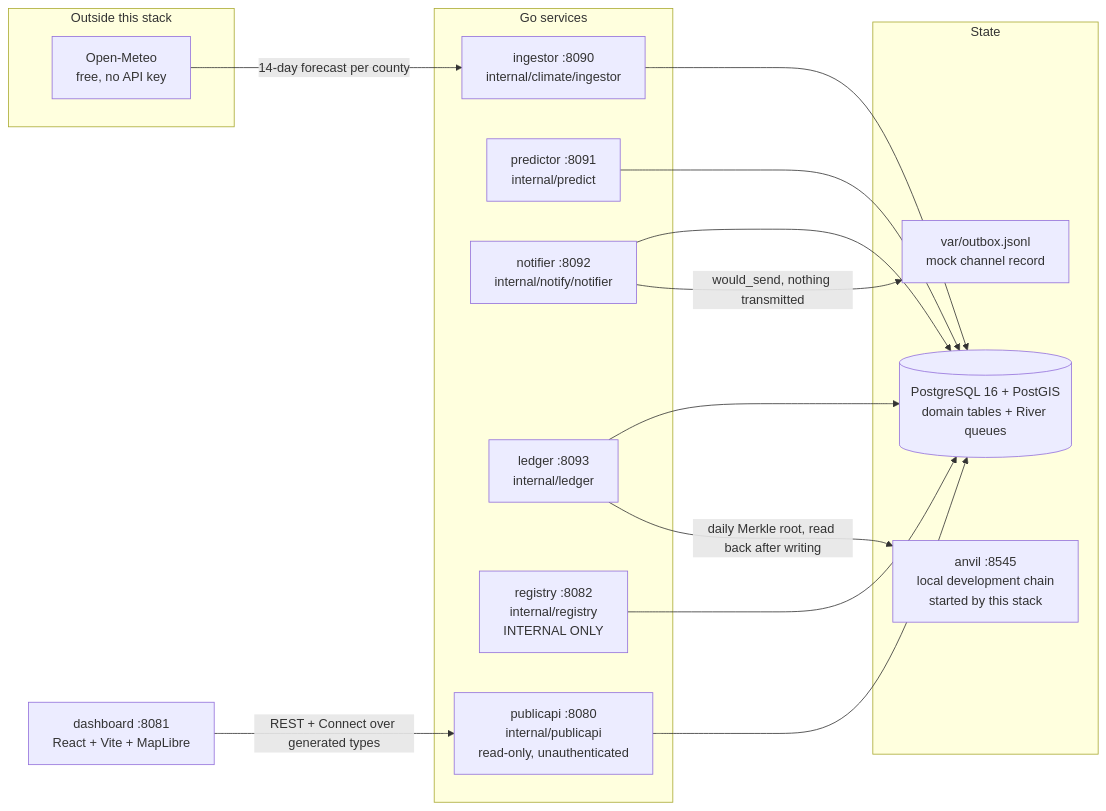
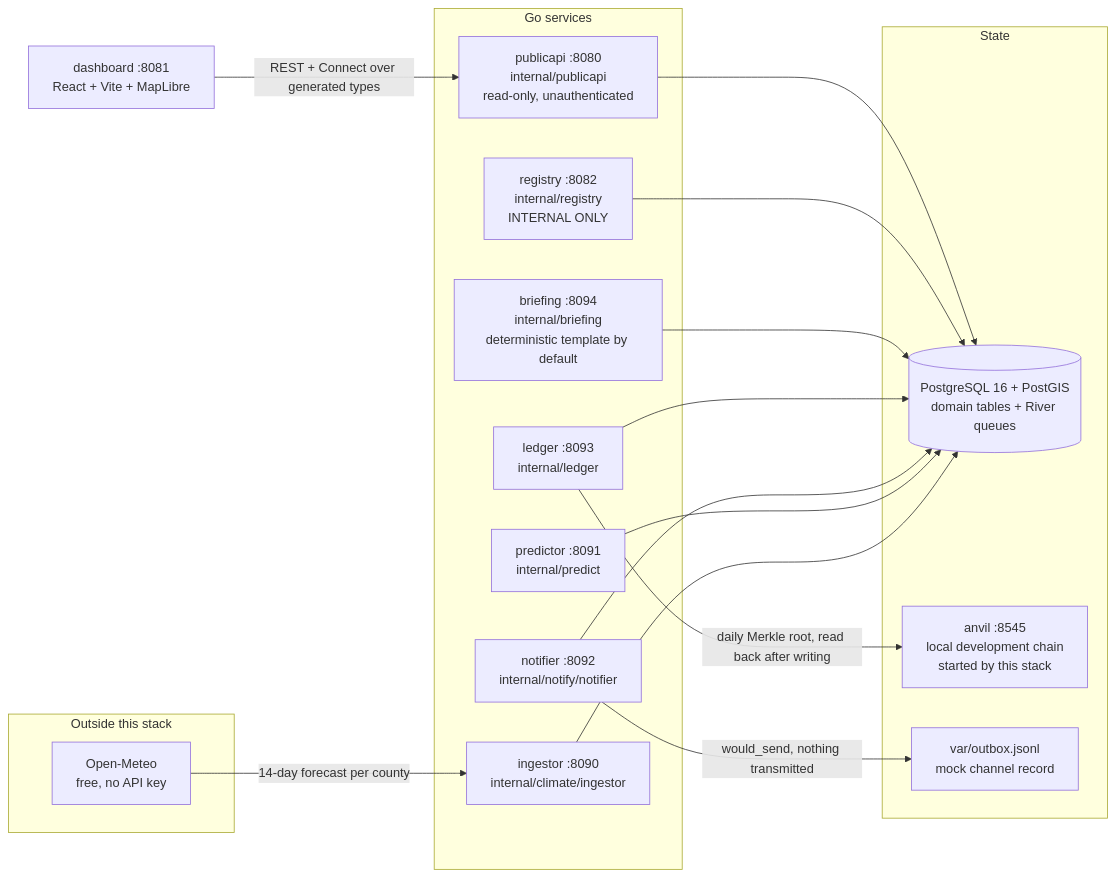
Before and after one commit to jarida-io/climateshield-ai: the first of 5 diagrams in docs/architecture.md, drawn with Mermaid. The commit also changed other lines of this file and 7 other files, not shown here.

````diff
--- a/docs/architecture.md
+++ b/docs/architecture.md
@@ -22,34 +22,36 @@
 ```mermaid
 flowchart LR
     subgraph EXT["Outside this stack"]
         OM["Open-Meteo<br/>free, no API key"]
     end
 
     subgraph SVC["Go services"]
         ING["ingestor :8090<br/>internal/climate/ingestor"]
         PRE["predictor :8091<br/>internal/predict"]
         NOT["notifier :8092<br/>internal/notify/notifier"]
         LED["ledger :8093<br/>internal/ledger"]
+        BRF["briefing :8094<br/>internal/briefing<br/>deterministic template by default"]
         REG["registry :8082<br/>internal/registry<br/>INTERNAL ONLY"]
         API["publicapi :8080<br/>internal/publicapi<br/>read-only, unauthenticated"]
     end
 
     subgraph DATA["State"]
         PG[("PostgreSQL 16 + PostGIS<br/>domain tables + River queues")]
         ANVIL["anvil :8545<br/>local development chain<br/>started by this stack"]
         OUT["var/outbox.jsonl<br/>mock channel record"]
     end
 
     WEB["dashboard :8081<br/>React + Vite + MapLibre"]
 
     OM -->|"14-day forecast per county"| ING
     ING --> PG
     PRE --> PG
     NOT --> PG
     LED --> PG
+    BRF --> PG
     REG --> PG
     API --> PG
     LED -->|"daily Merkle root, read back after writing"| ANVIL
     NOT -->|"would_send, nothing transmitted"| OUT
     WEB -->|"REST + Connect over generated types"| API
 ```
````
